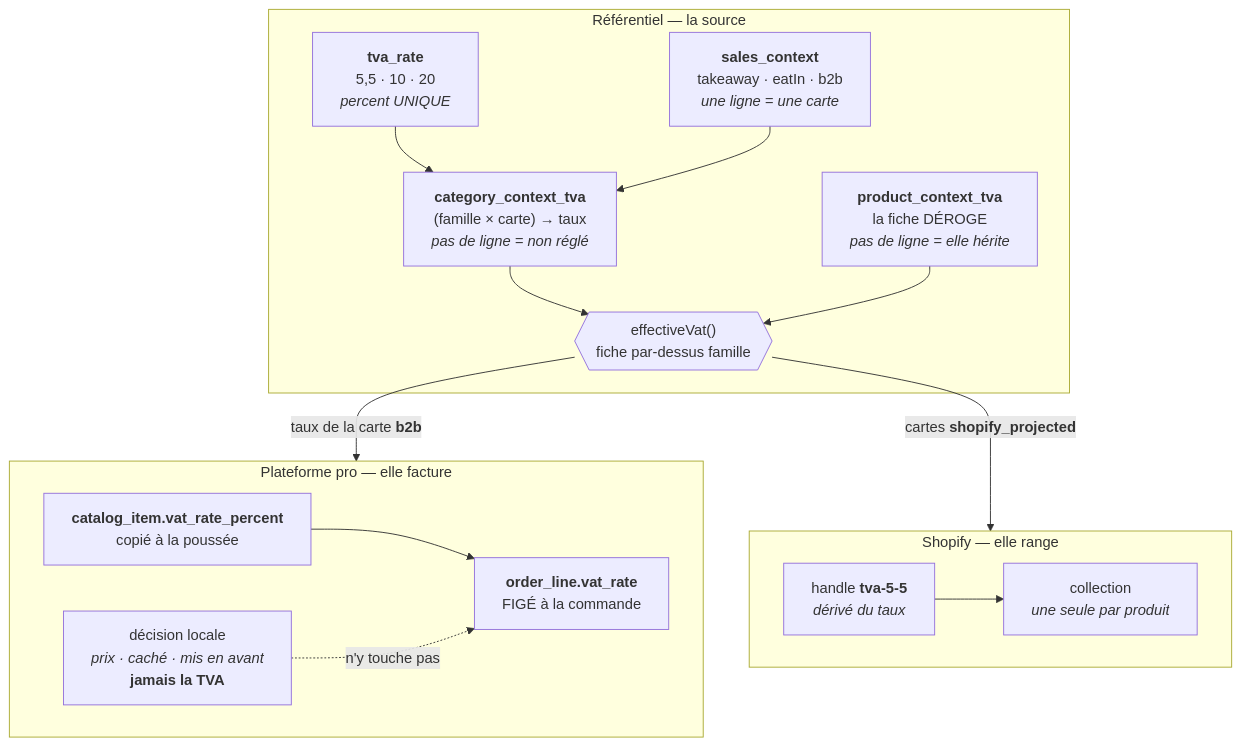
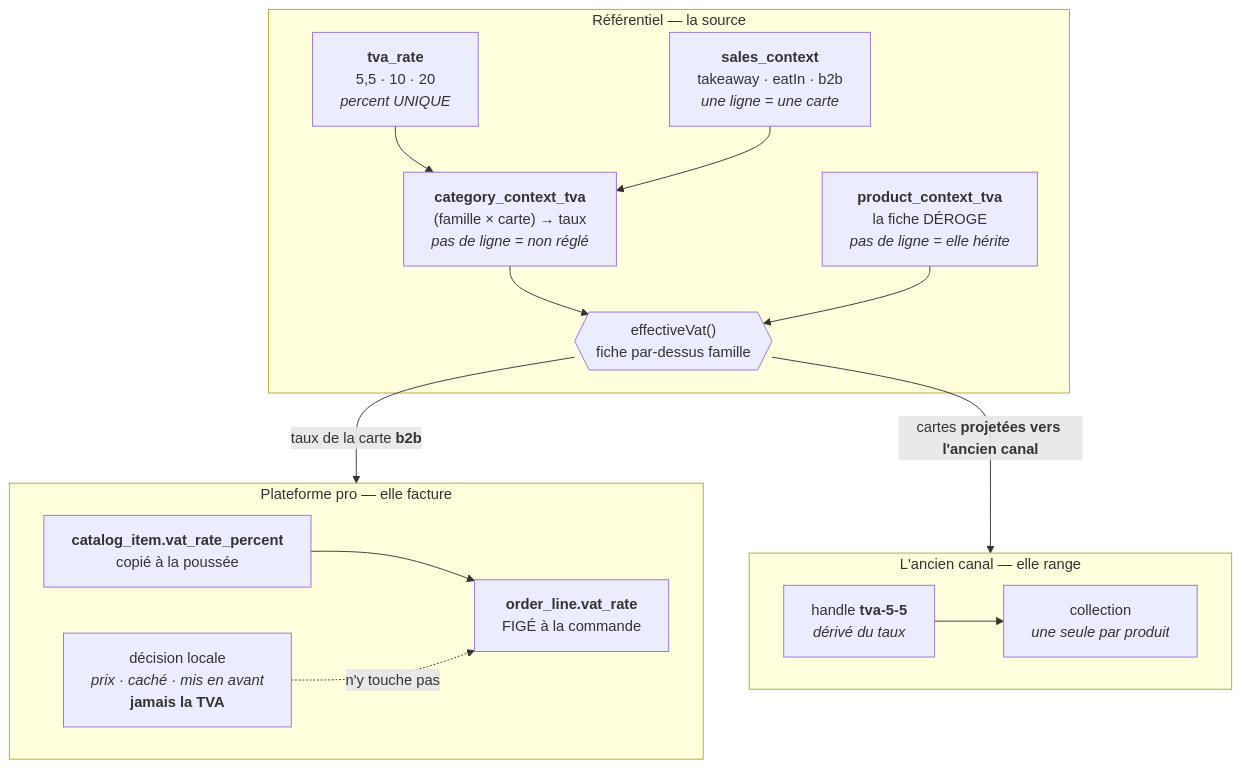
The first of 3 diagrams in documentation/pim/contextes-et-points-de-vente.md (hugoheynard/lfd), drawn with Mermaid before and after one commit. The commit also changed other lines of this file and 39 other files, not shown here.

````diff
--- a/documentation/pim/contextes-et-points-de-vente.md
+++ b/documentation/pim/contextes-et-points-de-vente.md
@@ -171,30 +171,30 @@
 ```mermaid
 flowchart TD
   subgraph PIM["Référentiel — la source"]
     R["<b>tva_rate</b><br/>5,5 · 10 · 20<br/><i>percent UNIQUE</i>"]
     C["<b>sales_context</b><br/>takeaway · eatIn · b2b<br/><i>une ligne = une carte</i>"]
     J["<b>category_context_tva</b><br/>(famille × carte) → taux<br/><i>pas de ligne = non réglé</i>"]
     P["<b>product_context_tva</b><br/>la fiche DÉROGE<br/><i>pas de ligne = elle hérite</i>"]
     R --> J
     C --> J
     J --> RES{{"effectiveVat()<br/>fiche par-dessus famille"}}
     P --> RES
   end
 
   RES -->|"taux de la carte <b>b2b</b>"| B2B
-  RES -->|"cartes <b>shopify_projected</b>"| SHOP
+  RES -->|"cartes <b>projetées vers l'ancien canal</b>"| SHOP
 
   subgraph B2B["Plateforme pro — elle facture"]
     BI["<b>catalog_item.vat_rate_percent</b><br/>copié à la poussée"]
     BO["décision locale<br/><i>prix · caché · mis en avant</i><br/><b>jamais la TVA</b>"]
     BL["<b>order_line.vat_rate</b><br/>FIGÉ à la commande"]
     BI --> BL
     BO -.->|"n'y touche pas"| BL
   end
 
-  subgraph SHOP["Shopify — elle range"]
+  subgraph SHOP["L'ancien canal — elle range"]
     SH["handle <b>tva-5-5</b><br/><i>dérivé du taux</i>"]
     SC["collection<br/><i>une seule par produit</i>"]
     SH --> SC
   end
 ```
````
